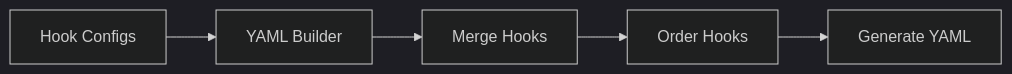
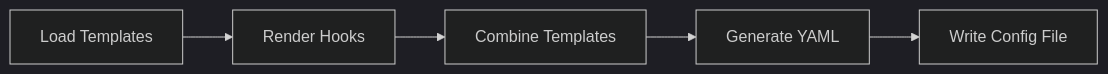
The third of 3 diagrams in docs/ARCHITECTURE.md (Jakub3628800/pre-commit-starter), drawn with Mermaid (dark theme) before and after one commit. The commit also changed other lines of this file and 71 other files, not shown here.

````diff
--- a/docs/ARCHITECTURE.md
+++ b/docs/ARCHITECTURE.md
@@ -178,7 +160,7 @@
-   ```mermaid
-   graph LR
-       A[Hook Configs] --> B[YAML Builder]
-       B --> C[Merge Hooks]
-       C --> D[Order Hooks]
-       D --> E[Generate YAML]
-   ```
+```mermaid
+graph LR
+    A[Load Templates] --> B[Render Hooks]
+    B --> C[Combine Templates]
+    C --> D[Generate YAML]
+    D --> E[Write Config File]
+```
````
